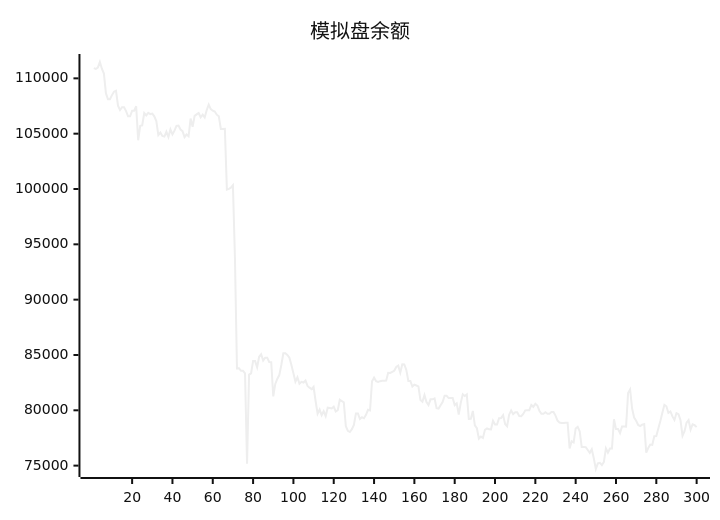
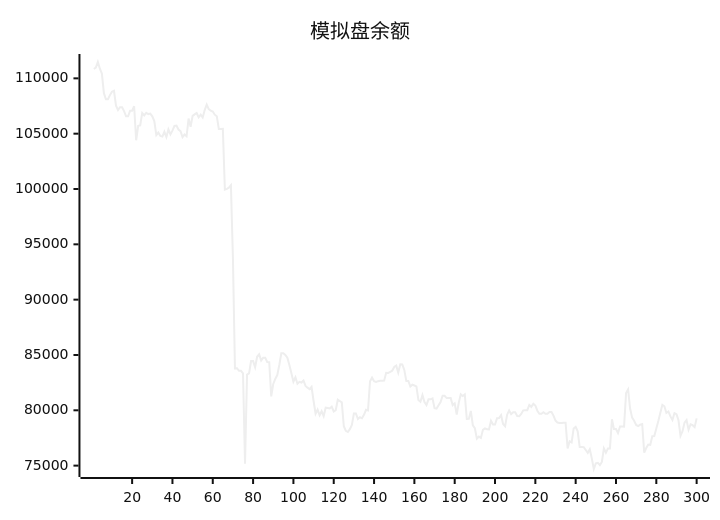
One commit to aahl/ai-trading changed the diagram in README.md. Above: the diagram before and after it, drawn with Mermaid (neutral theme). The commit also changed other lines of this file and 1 other file, not shown here.

````diff
--- a/README.md
+++ b/README.md
@@ -5,5 +5,5 @@
 ```mermaid
 xychart
     title "模拟盘余额"
-    line [110929,110847,110968,111478,110870,110433,108661,108116,108115,108485,108797,108877,107536,107134,107393,107393,107046,106565,106565,107081,107081,107478,104404,105715,105749,106866,106651,106889,106771,106816,106565,106141,104876,105103,104796,104734,105169,104690,105380,104941,105272,105709,105739,105374,105227,104691,104924,104762,106364,105628,106608,106748,106872,106485,106721,106468,107132,107620,107224,107080,107001,106717,106567,105431,105431,105440,99950,100017,100113,100337,93749,83795,83807,83567,83567,83342,75168,83222,83336,84448,84449,83896,84839,85065,84499,84757,84757,84364,84347,81254,82385,82835,83184,84099,85150,85150,85002,84751,84096,83356,82582,82983,82404,82572,82512,82688,82200,82047,81920,82125,80840,79688,80060,79552,79920,79470,80236,80208,80170,80336,79894,80006,80954,80837,80712,78561,78139,78037,78293,78682,79720,79720,79214,79372,79279,79591,80046,79993,82625,82950,82626,82571,82633,82670,82670,82681,83386,83378,83464,83579,83920,84037,83402,84160,84142,83652,82655,82655,82145,82315,82243,82163,80934,80770,81371,80742,80468,80989,80989,81067,80191,80155,80450,80737,81309,81309,81106,81119,81119,80471,80631,79624,80670,81448,81290,81429,79212,79222,79940,78643,78380,77432,77623,77504,78235,78358,78284,78277,79048,78714,78714,79290,79308,79567,78763,78563,79603,79988,79652,79813,79813,79476,79469,79673,79995,80015,80015,80486,80314,80600,80436,79966,79689,79689,79819,79692,79692,79850,79850,79518,79071,78889,78850,78850,78878,78878,76554,77202,77103,78357,78510,78106,76678,76677,76672,76411,76159,76485,75656,74695,75197,75246,75052,75334,76564,76179,76553,76551,79196,78300,78300,77944,78531,78531,78521,81564,81884,80160,79335,79055,78675,78580,78708,78764,76179,76586,76902,76876,77658,77669,78346,79023,79769,80497,80366,79761,79896,79448,79126,79749,79658,79097,77695,78114,78888,79126,78249,78738,78653,78478]
+    line [110847,110968,111478,110870,110433,108661,108116,108115,108485,108797,108877,107536,107134,107393,107393,107046,106565,106565,107081,107081,107478,104404,105715,105749,106866,106651,106889,106771,106816,106565,106141,104876,105103,104796,104734,105169,104690,105380,104941,105272,105709,105739,105374,105227,104691,104924,104762,106364,105628,106608,106748,106872,106485,106721,106468,107132,107620,107224,107080,107001,106717,106567,105431,105431,105440,99950,100017,100113,100337,93749,83795,83807,83567,83567,83342,75168,83222,83336,84448,84449,83896,84839,85065,84499,84757,84757,84364,84347,81254,82385,82835,83184,84099,85150,85150,85002,84751,84096,83356,82582,82983,82404,82572,82512,82688,82200,82047,81920,82125,80840,79688,80060,79552,79920,79470,80236,80208,80170,80336,79894,80006,80954,80837,80712,78561,78139,78037,78293,78682,79720,79720,79214,79372,79279,79591,80046,79993,82625,82950,82626,82571,82633,82670,82670,82681,83386,83378,83464,83579,83920,84037,83402,84160,84142,83652,82655,82655,82145,82315,82243,82163,80934,80770,81371,80742,80468,80989,80989,81067,80191,80155,80450,80737,81309,81309,81106,81119,81119,80471,80631,79624,80670,81448,81290,81429,79212,79222,79940,78643,78380,77432,77623,77504,78235,78358,78284,78277,79048,78714,78714,79290,79308,79567,78763,78563,79603,79988,79652,79813,79813,79476,79469,79673,79995,80015,80015,80486,80314,80600,80436,79966,79689,79689,79819,79692,79692,79850,79850,79518,79071,78889,78850,78850,78878,78878,76554,77202,77103,78357,78510,78106,76678,76677,76672,76411,76159,76485,75656,74695,75197,75246,75052,75334,76564,76179,76553,76551,79196,78300,78300,77944,78531,78531,78521,81564,81884,80160,79335,79055,78675,78580,78708,78764,76179,76586,76902,76876,77658,77669,78346,79023,79769,80497,80366,79761,79896,79448,79126,79749,79658,79097,77695,78114,78888,79126,78249,78738,78653,78478,79271]
 ```
````
